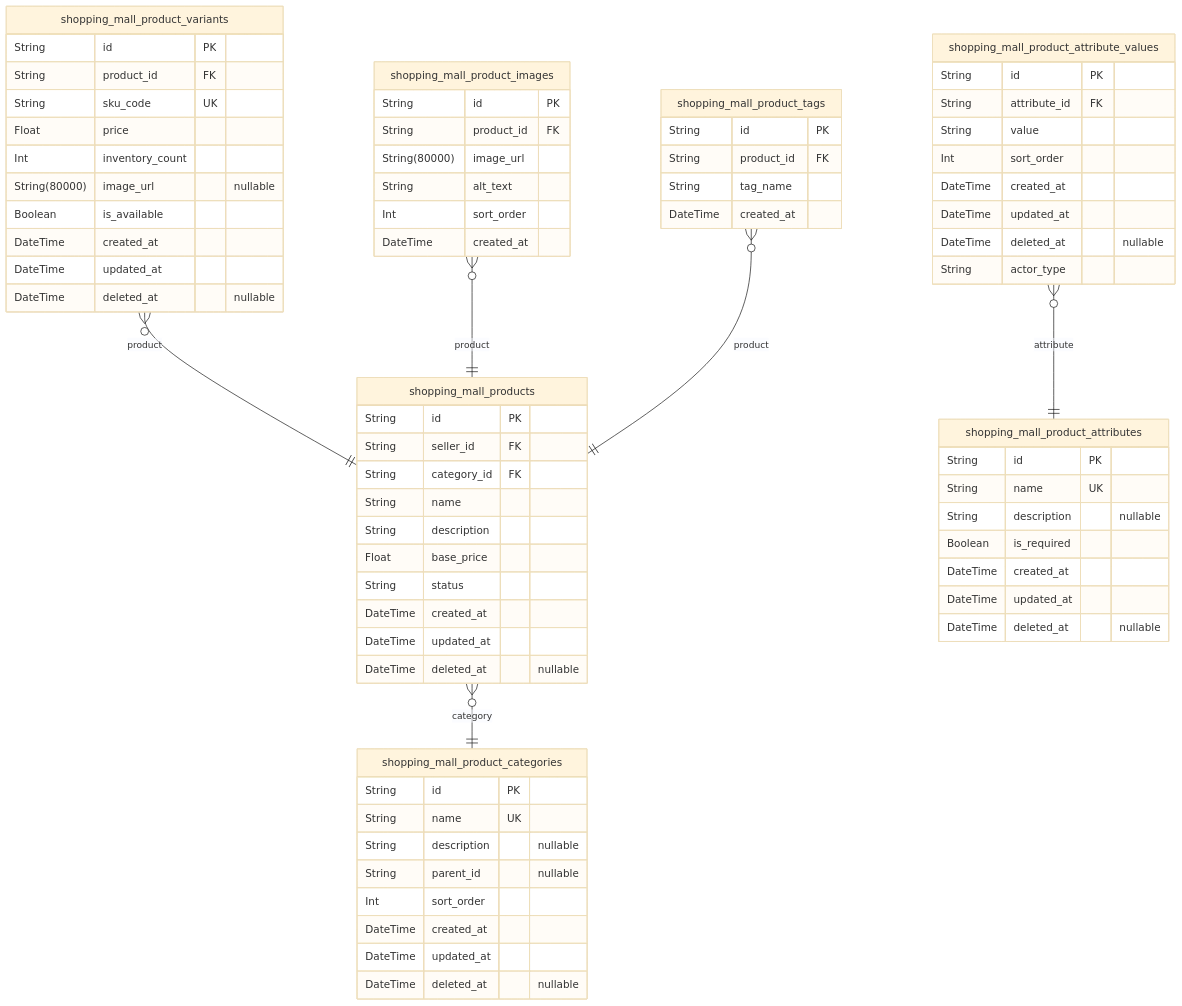
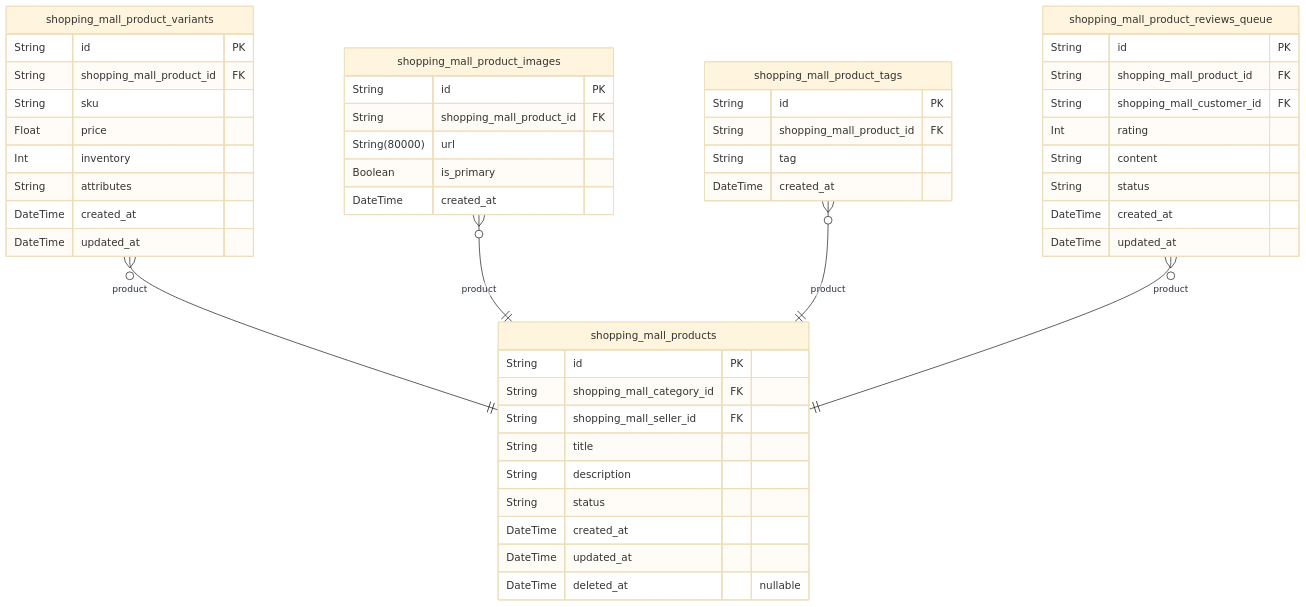
Before and after one commit to wrtnlabs/autobe-examples: the third of 11 diagrams in qwen/qwen3-next-80b-a3b-instruct/shopping/docs/ERD.md, drawn with Mermaid (base theme). The commit also changed other lines of this file and 366 other files, not shown here.

````diff
--- a/qwen/qwen3-next-80b-a3b-instruct/shopping/docs/ERD.md
+++ b/qwen/qwen3-next-80b-a3b-instruct/shopping/docs/ERD.md
@@ -860,75 +624,51 @@
 ```mermaid
 erDiagram
 "shopping_mall_products" {
   String id PK
-  String seller_id FK
-  String category_id FK
-  String name
+  String shopping_mall_category_id FK
+  String shopping_mall_seller_id FK
+  String title
   String description
-  Float base_price
   String status
   DateTime created_at
   DateTime updated_at
   DateTime deleted_at "nullable"
 }
 "shopping_mall_product_variants" {
   String id PK
-  String product_id FK
-  String sku_code UK
+  String shopping_mall_product_id FK
+  String sku
   Float price
-  Int inventory_count
-  String(80000) image_url "nullable"
-  Boolean is_available
+  Int inventory
+  String attributes
   DateTime created_at
   DateTime updated_at
-  DateTime deleted_at "nullable"
 }
 "shopping_mall_product_images" {
   String id PK
-  String product_id FK
-  String(80000) image_url
-  String alt_text
-  Int sort_order
+  String shopping_mall_product_id FK
+  String(80000) url
+  Boolean is_primary
   DateTime created_at
-}
-"shopping_mall_product_attributes" {
-  String id PK
-  String name UK
-  String description "nullable"
-  Boolean is_required
-  DateTime created_at
-  DateTime updated_at
-  DateTime deleted_at "nullable"
-}
-"shopping_mall_product_attribute_values" {
-  String id PK
-  String attribute_id FK
-  String value
-  Int sort_order
-  DateTime created_at
-  DateTime updated_at
-  DateTime deleted_at "nullable"
-  String actor_type
-}
-"shopping_mall_product_categories" {
-  String id PK
-  String name UK
-  String description "nullable"
-  String parent_id "nullable"
-  Int sort_order
-  DateTime created_at
-  DateTime updated_at
-  DateTime deleted_at "nullable"
 }
 "shopping_mall_product_tags" {
   String id PK
-  String product_id FK
-  String tag_name
+  String shopping_mall_product_id FK
+  String tag
   DateTime created_at
 }
-"shopping_mall_products" }o--|| "shopping_mall_product_categories" : category
+"shopping_mall_product_reviews_queue" {
+  String id PK
+  String shopping_mall_product_id FK
+  String shopping_mall_customer_id FK
+  Int rating
+  String content
+  String status
+  DateTime created_at
+  DateTime updated_at
+}
 "shopping_mall_product_variants" }o--|| "shopping_mall_products" : product
 "shopping_mall_product_images" }o--|| "shopping_mall_products" : product
-"shopping_mall_product_attribute_values" }o--|| "shopping_mall_product_attributes" : attribute
 "shopping_mall_product_tags" }o--|| "shopping_mall_products" : product
+"shopping_mall_product_reviews_queue" }o--|| "shopping_mall_products" : product
 ```
````
